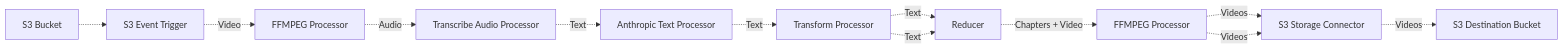
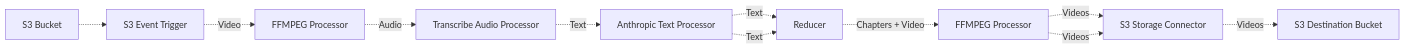
Before and after one commit to awslabs/project-lakechain: the diagram in examples/end-to-end-use-cases/building-a-video-chaptering-service/README.md, drawn with Mermaid. The commit also changed 6 other files, not shown here.

````diff
--- a/examples/end-to-end-use-cases/building-a-video-chaptering-service/README.md
+++ b/examples/end-to-end-use-cases/building-a-video-chaptering-service/README.md
@@ -14,14 +14,13 @@
 ```mermaid
 flowchart LR
   Bucket[S3 Bucket] -.-> S3[S3 Event Trigger]
   S3 -. Video .-> FFMPEGAudio[FFMPEG Processor]
   FFMPEGAudio -. Audio .-> Transcribe[Transcribe Audio Processor]
   Transcribe -. Text .-> Anthropic[Anthropic Text Processor]
-  Anthropic -. Text .-> Transform[Transform Processor]
-  Transform -. Text .-> Reducer[Reducer]
-  Transform -. Text .-> Reducer[Reducer]
+  Anthropic -. Text .-> Reducer[Reducer]
+  Anthropic -. Text .-> Reducer[Reducer]
   Reducer -. Chapters + Video .-> FFMPEGVideo[FFMPEG Processor]
   FFMPEGVideo -. Videos .-> S3Storage[S3 Storage Connector]
   FFMPEGVideo -. Videos .-> S3Storage[S3 Storage Connector]
   S3Storage -. Videos .-> S3Destination[S3 Destination Bucket]
 ```
````
